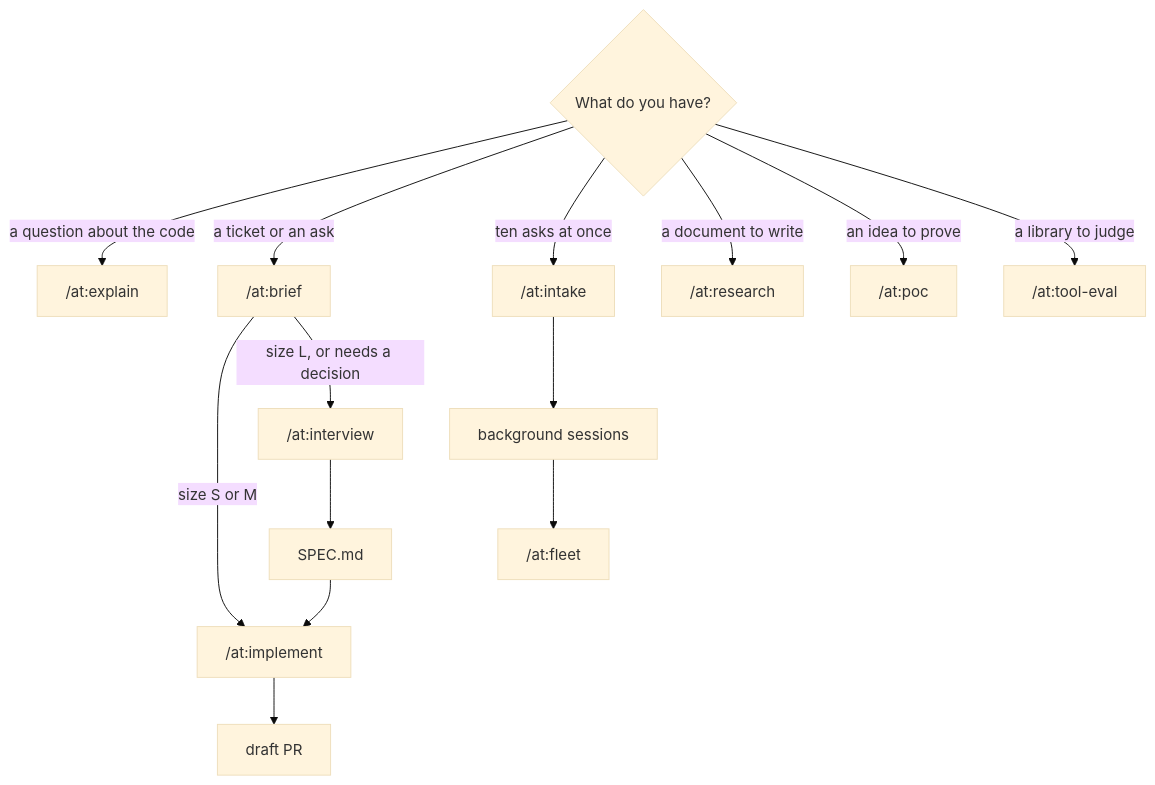
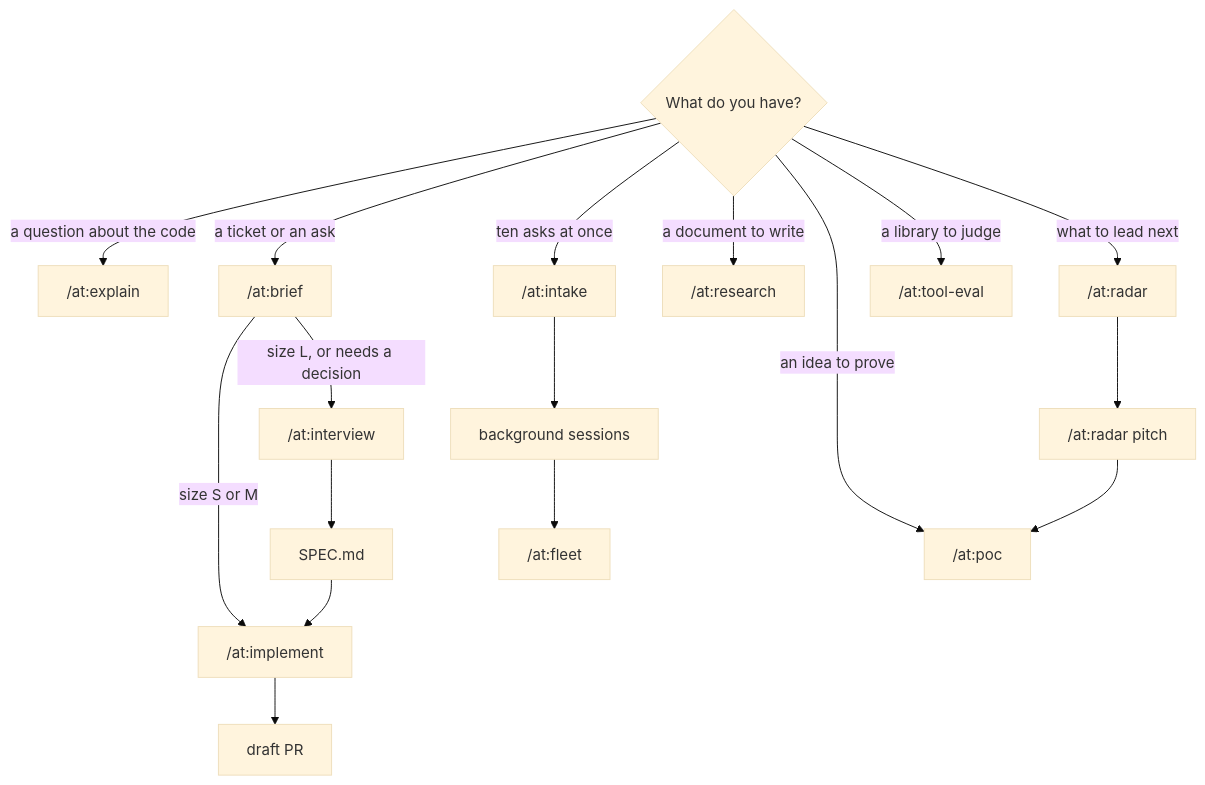
The first of 2 diagrams in README.md (andytavares/claude), drawn with Mermaid (base theme) before and after one commit. The commit also changed other lines of this file and 1 other file, not shown here.

Commit message:
docs: radar setup steps, best-results tips, and where pitches lead next

````diff
--- a/README.md
+++ b/README.md
@@ -35,14 +35,15 @@
 ```mermaid
 flowchart TD
   Q{"What do you have?"}
   Q -->|"a question about the code"| EX["/at:explain"]
   Q -->|"a ticket or an ask"| BR["/at:brief"]
   Q -->|"ten asks at once"| IN["/at:intake"]
   Q -->|"a document to write"| RS["/at:research"]
   Q -->|"an idea to prove"| PC["/at:poc"]
   Q -->|"a library to judge"| TE["/at:tool-eval"]
+  Q -->|"what to lead next"| RD["/at:radar"] --> PT["/at:radar pitch"] --> PC
   BR -->|"size S or M"| IM["/at:implement"]
   BR -->|"size L, or needs a decision"| IV["/at:interview"] --> SP["SPEC.md"] --> IM
   IN --> DP["background sessions"] --> FL["/at:fleet"]
   IM --> PR["draft PR"]
 ```
````
